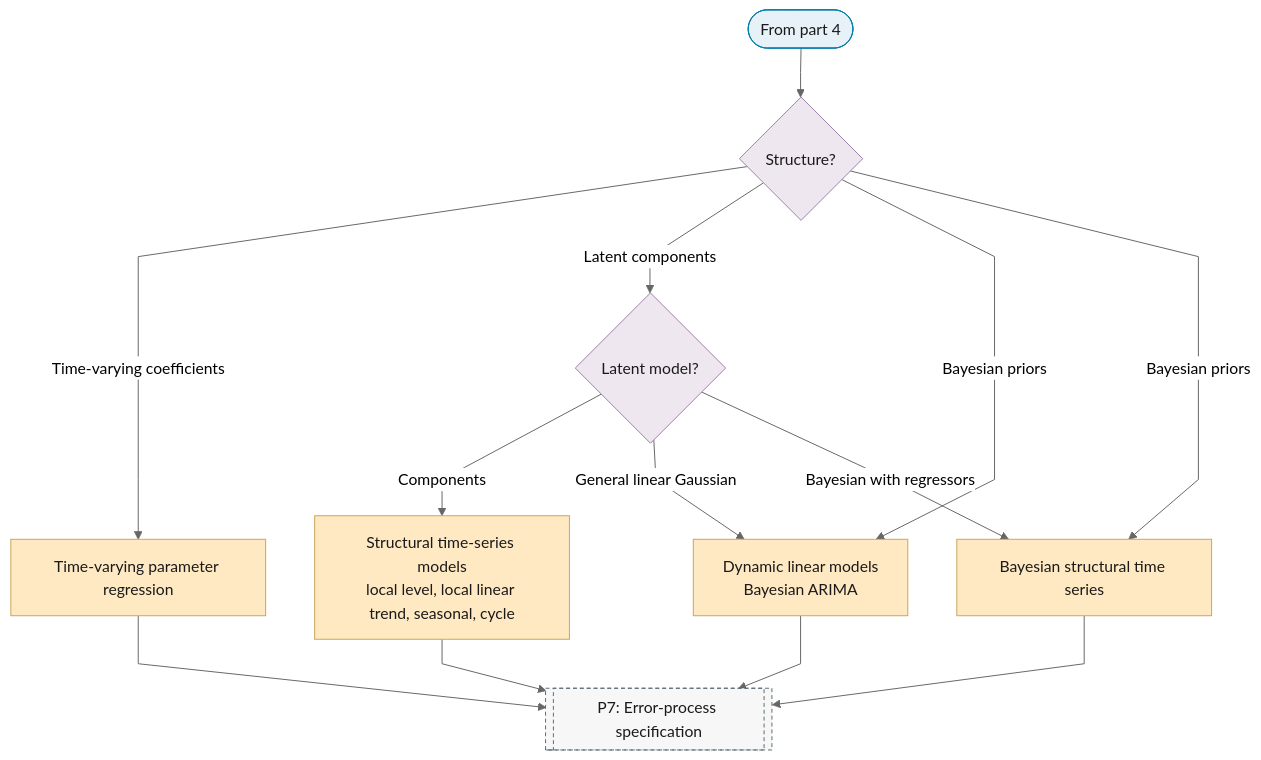
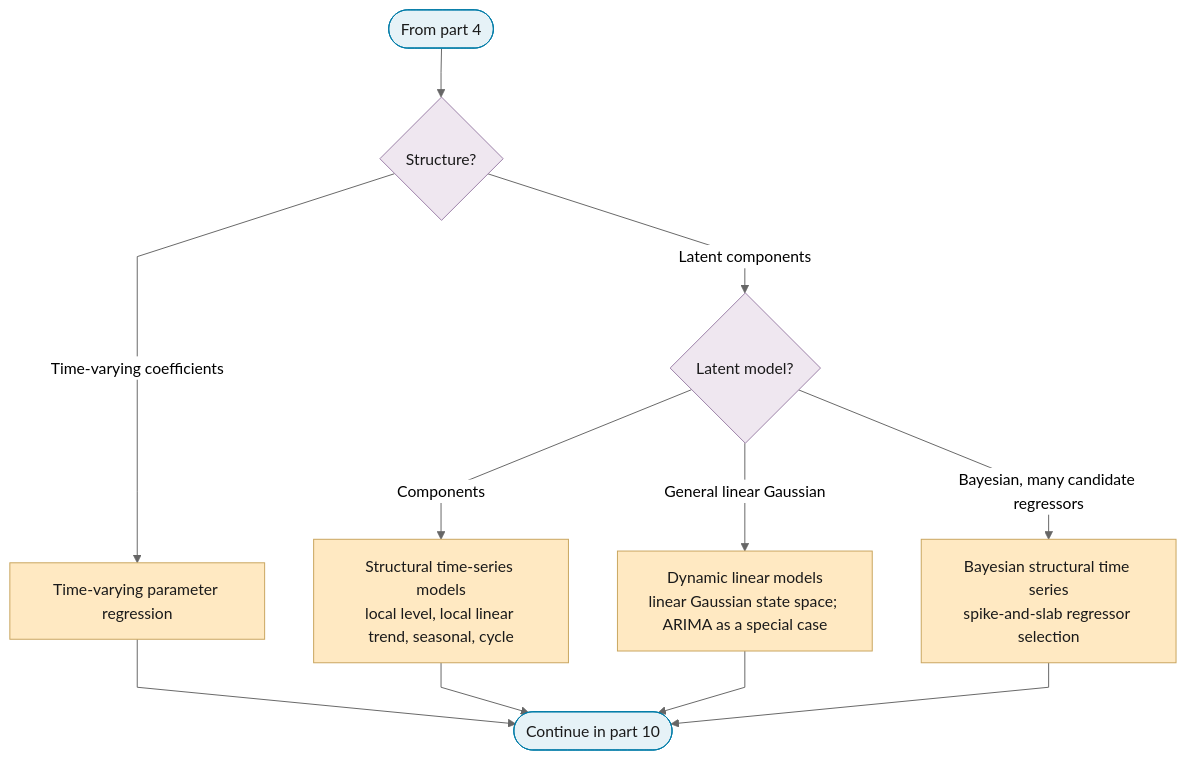
Before and after one commit to Shuxin-Y/time-series-analysis-manual: the sixth of 10 diagrams in docs/01-workflow/p06-mean-model-class.md, drawn with Mermaid (neutral theme). The commit also changed other lines of this file and 7 other files, not shown here.

````diff
--- a/docs/01-workflow/p06-mean-model-class.md
+++ b/docs/01-workflow/p06-mean-model-class.md
@@ -191,24 +162,22 @@
 ```mermaid
 %%{init: {"flowchart": {"curve": "linear"}}}%%
 graph TD
-    P6_PART_7_IN(["From part 4"]) --> P6_STRUCTURED{"Structure?"}
+    P6_PART_6_IN(["From part 4"]) --> P6_STRUCTURED{"Structure?"}
     P6_STRUCTURED -->|"Time-varying coefficients"| P6_TVP_REGRESSION["Time-varying parameter regression"]
     P6_STRUCTURED -->|"Latent components"| P6_LATENT_MODEL{"Latent model?"}
-    P6_STRUCTURED -->|"Bayesian priors"| P6_DLM & P6_BSTS
     P6_LATENT_MODEL -->|"Components"| P6_STRUCTURAL_TS["Structural time-series models<br/>local level, local linear trend, seasonal, cycle"]
-    P6_LATENT_MODEL -->|"General linear Gaussian"| P6_DLM["Dynamic linear models<br/>Bayesian ARIMA"]
-    P6_LATENT_MODEL -->|"Bayesian with regressors"| P6_BSTS["Bayesian structural time series"]
-    P6_TVP_REGRESSION & P6_STRUCTURAL_TS & P6_DLM & P6_BSTS --> P7[["P7: Error-process specification"]]
+    P6_LATENT_MODEL -->|"General linear Gaussian"| P6_DLM["Dynamic linear models<br/>linear Gaussian state space; ARIMA as a special case"]
+    P6_LATENT_MODEL -->|"Bayesian, many candidate regressors"| P6_BSTS["Bayesian structural time series<br/>spike-and-slab regressor selection"]
+    P6_TVP_REGRESSION & P6_STRUCTURAL_TS & P6_DLM & P6_BSTS --> P6_PART_6_OUT(["Continue in part 10"])
     class P6_TVP_REGRESSION,P6_STRUCTURAL_TS,P6_DLM,P6_BSTS escalate
-    class P6_PART_7_IN terminator
+    class P6_PART_6_IN,P6_PART_6_OUT terminator
     class P6_STRUCTURED,P6_LATENT_MODEL decision
-    class P7 ref
     classDef terminator fill:#E6F2F7,stroke:#007BA7,color:#1A1A1A;
     classDef process fill:#FFFFFF,stroke:#5A6B73,color:#1A1A1A;
     classDef decision fill:#EFE7F0,stroke:#9B7FA7,color:#1A1A1A;
     classDef data fill:#FFF4E0,stroke:#C9A55E,color:#1A1A1A;
     classDef good fill:#DCEFD8,stroke:#4A7A3F,color:#1A1A1A;
     classDef escalate fill:#FFE9C2,stroke:#C9A55E,color:#1A1A1A;
     classDef problem fill:#F2D9DE,stroke:#800020,color:#1A1A1A;
     classDef ref fill:#F7F7F7,stroke:#5A6B73,color:#1A1A1A,stroke-dasharray:4 3;
 ```
````
